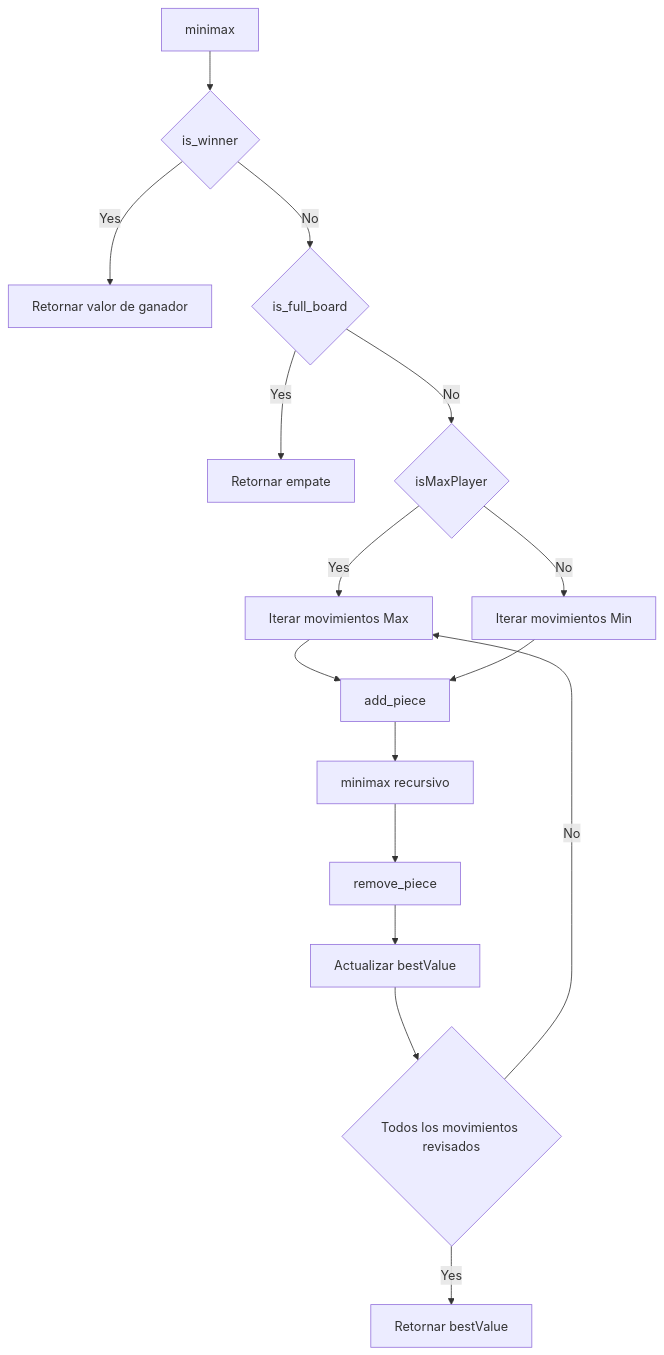
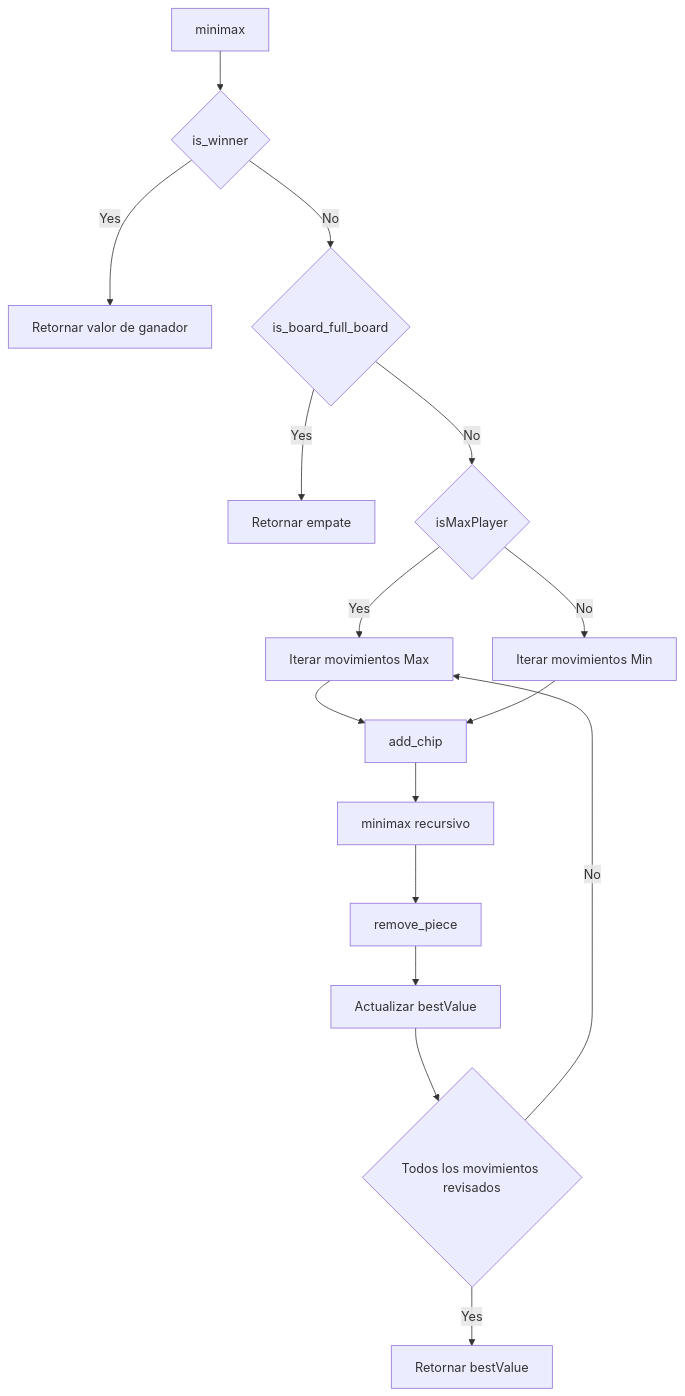
The second of 7 diagrams in programas/tateti/doc/diagramas.md (abelranni/lenguajes-estructurados), drawn with Mermaid before and after one commit. The commit also changed other lines of this file and 24 other files, not shown here.

````diff
--- a/programas/tateti/doc/diagramas.md
+++ b/programas/tateti/doc/diagramas.md
@@ -27,19 +27,19 @@
 ```mermaid
 graph TD
     A[minimax] --> B{is_winner}
     B -->|Yes| C[Retornar valor de ganador]
-    B -->|No| D{is_full_board}
+    B -->|No| D{is_board_full_board}
     D -->|Yes| E[Retornar empate]
     D -->|No| F{isMaxPlayer}
     F -->|Yes| G[Iterar movimientos Max]
     F -->|No| H[Iterar movimientos Min]
-    G --> I[add_piece]
+    G --> I[add_chip]
     H --> I
     I --> J[minimax recursivo]
     J --> K[remove_piece]
     K --> L[Actualizar bestValue]
     L --> M{Todos los movimientos revisados}
     M -->|Yes| N[Retornar bestValue]
     M -->|No| G
 
 ```
````
